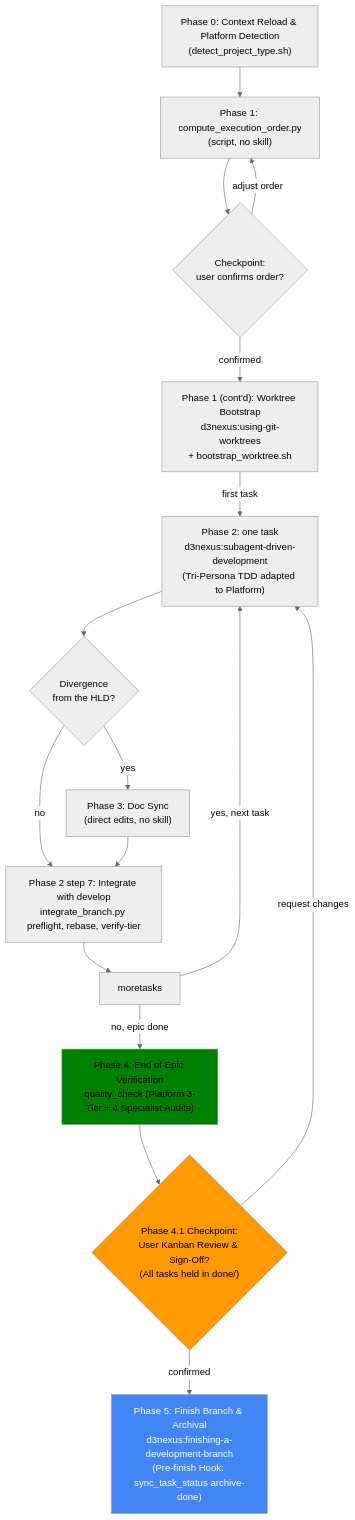
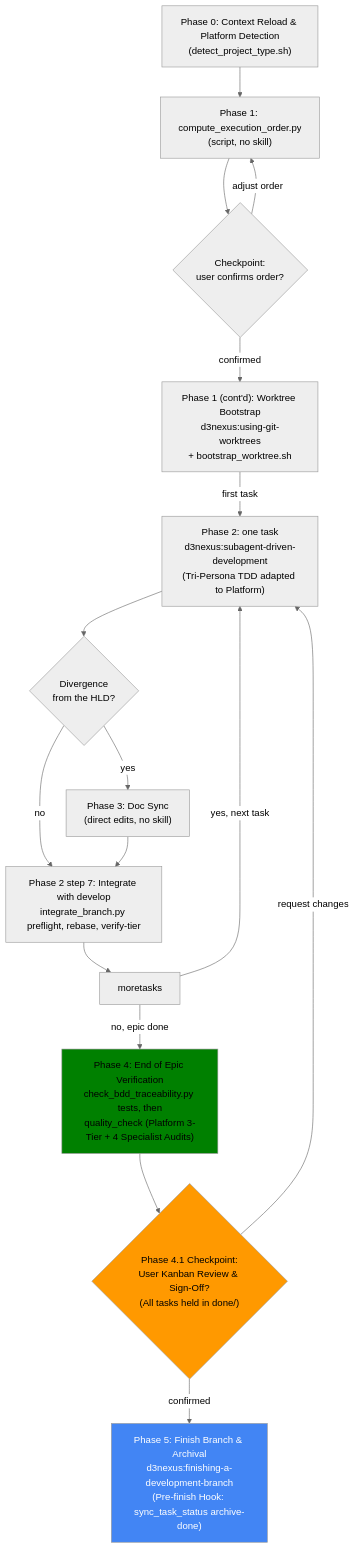
One commit to DanhDue/ai-agent-tools changed the diagram in skills/dev-implementation/SKILL.md. Above: the diagram before and after it, drawn with Mermaid (neutral theme). The commit also changed other lines of this file and 5 other files, not shown here.

First line of the commit message:
[SKILLS] Address final review of BDD traceability

````diff
--- a/skills/dev-implementation/SKILL.md
+++ b/skills/dev-implementation/SKILL.md
@@ -41,33 +41,33 @@
 ```mermaid
 flowchart TB
     phase0["Phase 0: Context Reload & Platform Detection\n(detect_project_type.sh)"]
     phase1a["Phase 1: compute_execution_order.py\n(script, no skill)"]
     checkpoint{"Checkpoint:\nuser confirms order?"}
     phase1b["Phase 1 (cont'd): Worktree Bootstrap\nd3nexus:using-git-worktrees\n+ bootstrap_worktree.sh"]
     phase2["Phase 2: one task\nd3nexus:subagent-driven-development\n(Tri-Persona TDD adapted to Platform)"]
     diverged{"Divergence\nfrom the HLD?"}
     phase3["Phase 3: Doc Sync\n(direct edits, no skill)"]
     integrate["Phase 2 step 7: Integrate with develop\nintegrate_branch.py preflight, rebase, verify-tier"]
-    phase4["Phase 4: End of Epic Verification\nquality_check (Platform 3-Tier + 4 Specialist Audits)"]
+    phase4["Phase 4: End of Epic Verification\ncheck_bdd_traceability.py tests, then\nquality_check (Platform 3-Tier + 4 Specialist Audits)"]
     checkpoint4{"Phase 4.1 Checkpoint:\nUser Kanban Review & Sign-Off?\n(All tasks held in done/)"}
     phase5["Phase 5: Finish Branch & Archival\nd3nexus:finishing-a-development-branch\n(Pre-finish Hook: sync_task_status archive-done)"]
     style phase4 fill:green
     style checkpoint4 fill:#ff9900,color:#000
     style phase5 fill:#4285f4,color:#fff
 
     phase0 --> phase1a
     phase1a --> checkpoint
     checkpoint -- "adjust order" --> phase1a
     checkpoint -- "confirmed" --> phase1b
     phase1b -- "first task" --> phase2
     phase2 --> diverged
     diverged -- "yes" --> phase3
     diverged -- "no" --> integrate
     phase3 --> integrate
     integrate --> moretasks
     moretasks -- "yes, next task" --> phase2
     moretasks -- "no, epic done" --> phase4
     phase4 --> checkpoint4
     checkpoint4 -- "request changes" --> phase2
     checkpoint4 -- "confirmed" --> phase5
 ```
````
